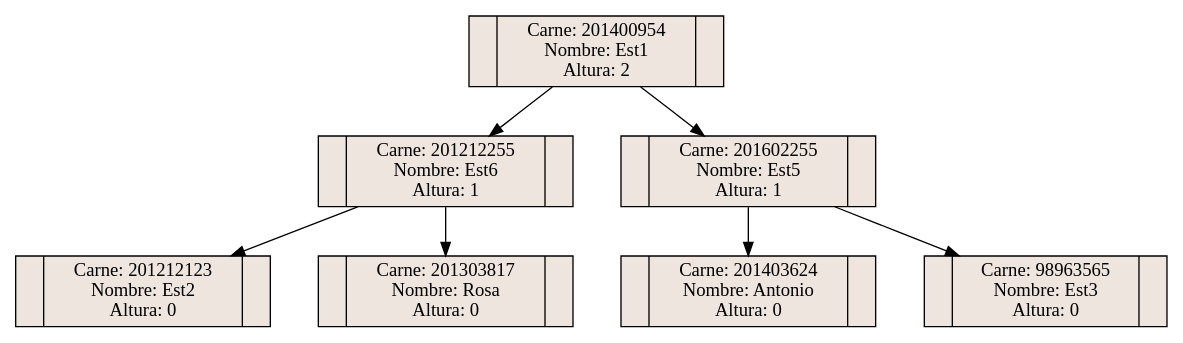
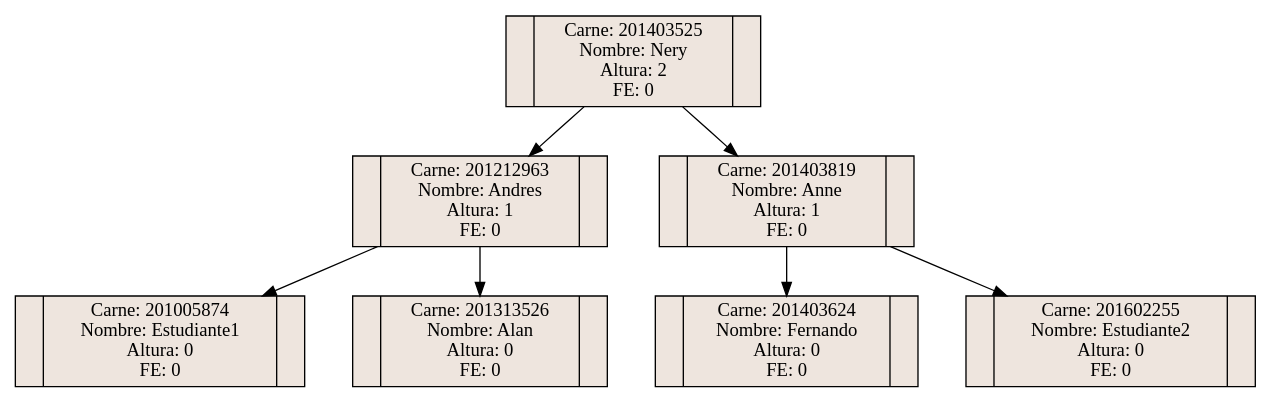
One commit to Eduardo01004/EDD_2S2019_P2_201612124 changed the diagram in Practica2/venv/Include/ArbolAVL.dot. Above: the diagram before and after it, drawn with Graphviz. The commit also changed 13 other files, not shown here.

```diff
--- a/Practica2/venv/Include/ArbolAVL.dot
+++ b/Practica2/venv/Include/ArbolAVL.dot
@@ -1,18 +1,18 @@
 digraph ArbolAVL{
  rankdir=TB;
  graph [splines=compound, nodesep=0.5];
 node [shape = record, style=filled, fillcolor=seashell2,width=0.7,height=0.2];
-201212123[label="<C0>|Carne: 201212123&#92;n Nombre: Est2&#92;n Altura: 0|<C1>"];
-201212255[label="<C0>|Carne: 201212255&#92;n Nombre: Est6&#92;n Altura: 1|<C1>"];
-201212255->201303817
-201212255->201212123
-201303817[label="<C0>|Carne: 201303817&#92;n Nombre: Rosa&#92;n Altura: 0|<C1>"];
-201400954[label="<C0>|Carne: 201400954&#92;n Nombre: Est1&#92;n Altura: 2|<C1>"];
-201400954->201602255
-201400954->201212255
-201403624[label="<C0>|Carne: 201403624&#92;n Nombre: Antonio&#92;n Altura: 0|<C1>"];
-201602255[label="<C0>|Carne: 201602255&#92;n Nombre: Est5&#92;n Altura: 1|<C1>"];
-201602255->98963565
-201602255->201403624
-98963565[label="<C0>|Carne: 98963565&#92;n Nombre: Est3&#92;n Altura: 0|<C1>"];
+201005874[label="<C0>|Carne: 201005874&#92;n Nombre: Estudiante1&#92;n Altura: 0&#92;n FE: 0|<C1>"];
+201212963[label="<C0>|Carne: 201212963&#92;n Nombre: Andres&#92;n Altura: 1&#92;n FE: 0|<C1>"];
+201212963->201313526
+201212963->201005874
+201313526[label="<C0>|Carne: 201313526&#92;n Nombre: Alan&#92;n Altura: 0&#92;n FE: 0|<C1>"];
+201403525[label="<C0>|Carne: 201403525&#92;n Nombre: Nery&#92;n Altura: 2&#92;n FE: 0|<C1>"];
+201403525->201403819
+201403525->201212963
+201403624[label="<C0>|Carne: 201403624&#92;n Nombre: Fernando&#92;n Altura: 0&#92;n FE: 0|<C1>"];
+201403819[label="<C0>|Carne: 201403819&#92;n Nombre: Anne&#92;n Altura: 1&#92;n FE: 0|<C1>"];
+201403819->201602255
+201403819->201403624
+201602255[label="<C0>|Carne: 201602255&#92;n Nombre: Estudiante2&#92;n Altura: 0&#92;n FE: 0|<C1>"];
 }
```
